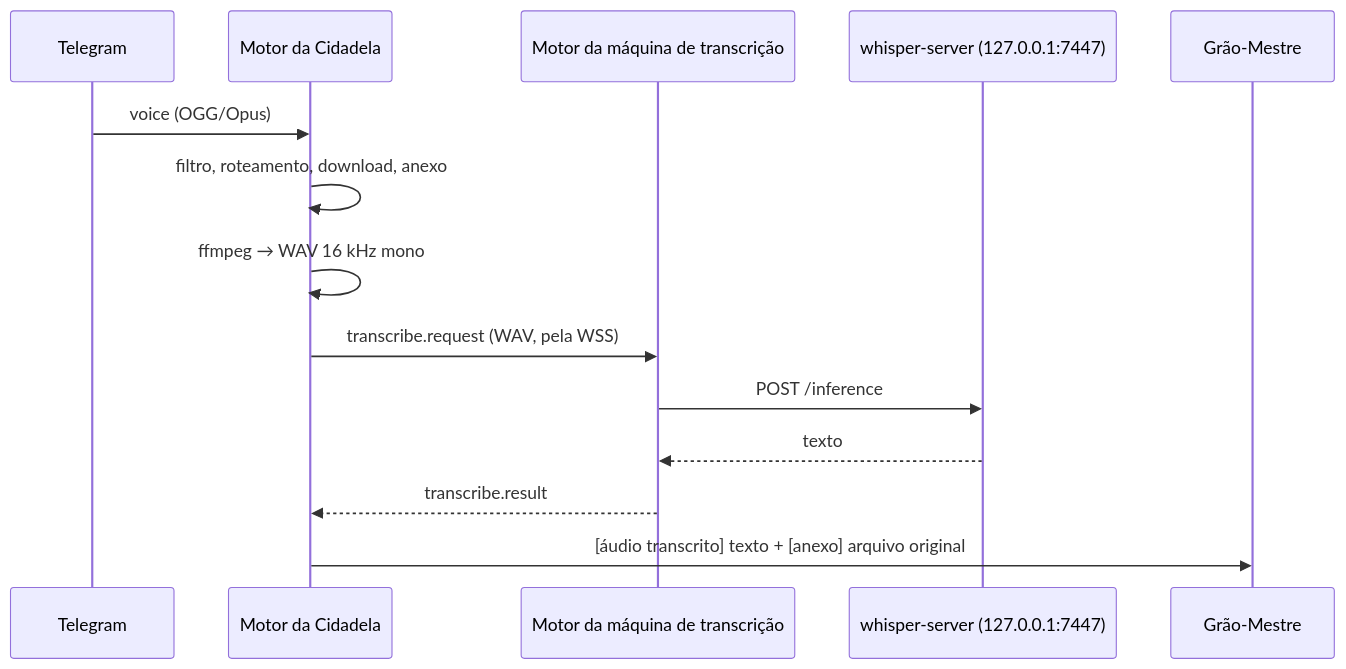
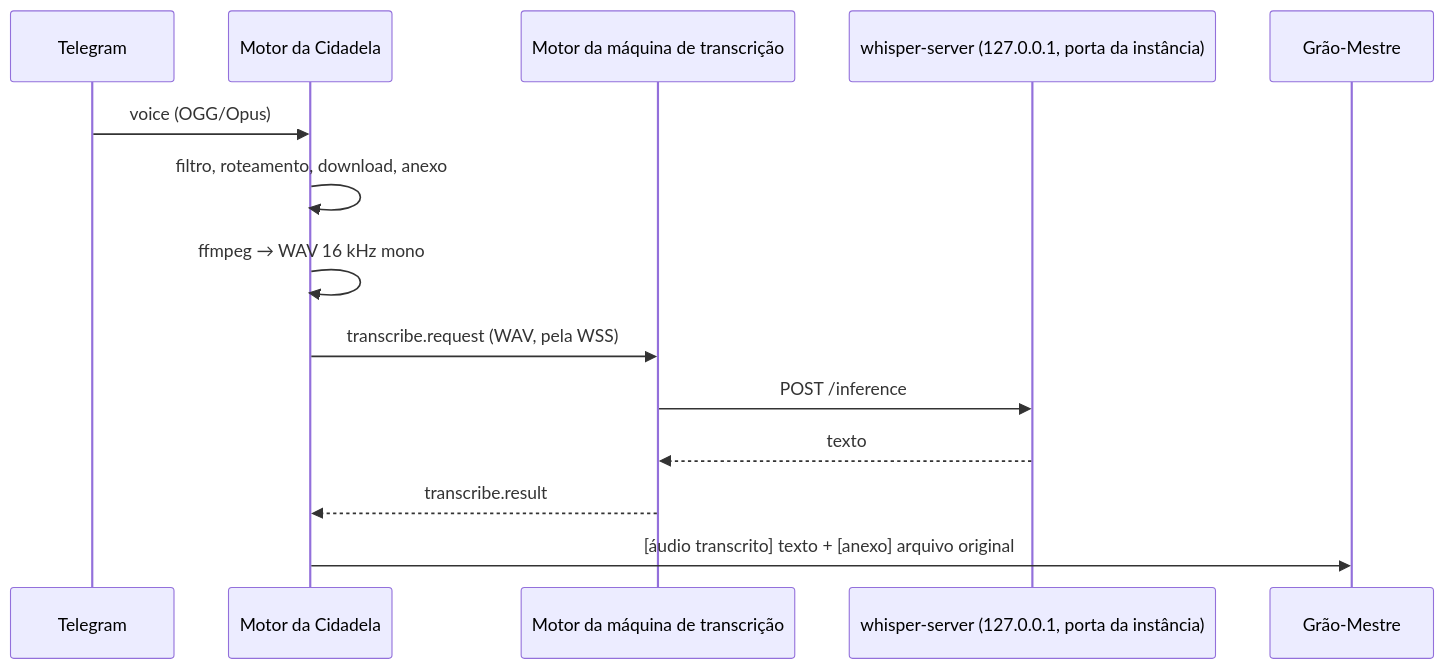
One commit to lucasndas/mestre changed the diagram in docs/telegram/anexos-e-transcricao.md. Above: the diagram before and after it, drawn with Mermaid. The commit also changed other lines of this file and 107 other files, not shown here.

````diff
--- a/docs/telegram/anexos-e-transcricao.md
+++ b/docs/telegram/anexos-e-transcricao.md
@@ -76,16 +76,16 @@
 ```mermaid
 sequenceDiagram
   participant T as Telegram
   participant M as Motor da Cidadela
   participant N as Motor da máquina de transcrição
-  participant W as whisper-server (127.0.0.1:7447)
+  participant W as whisper-server (127.0.0.1, porta da instância)
   participant G as Grão-Mestre
   T->>M: voice (OGG/Opus)
   M->>M: filtro, roteamento, download, anexo
   M->>M: ffmpeg → WAV 16 kHz mono
   M->>N: transcribe.request (WAV, pela WSS)
   N->>W: POST /inference
   W-->>N: texto
   N-->>M: transcribe.result
   M->>G: [áudio transcrito] texto + [anexo] arquivo original
 ```
````
